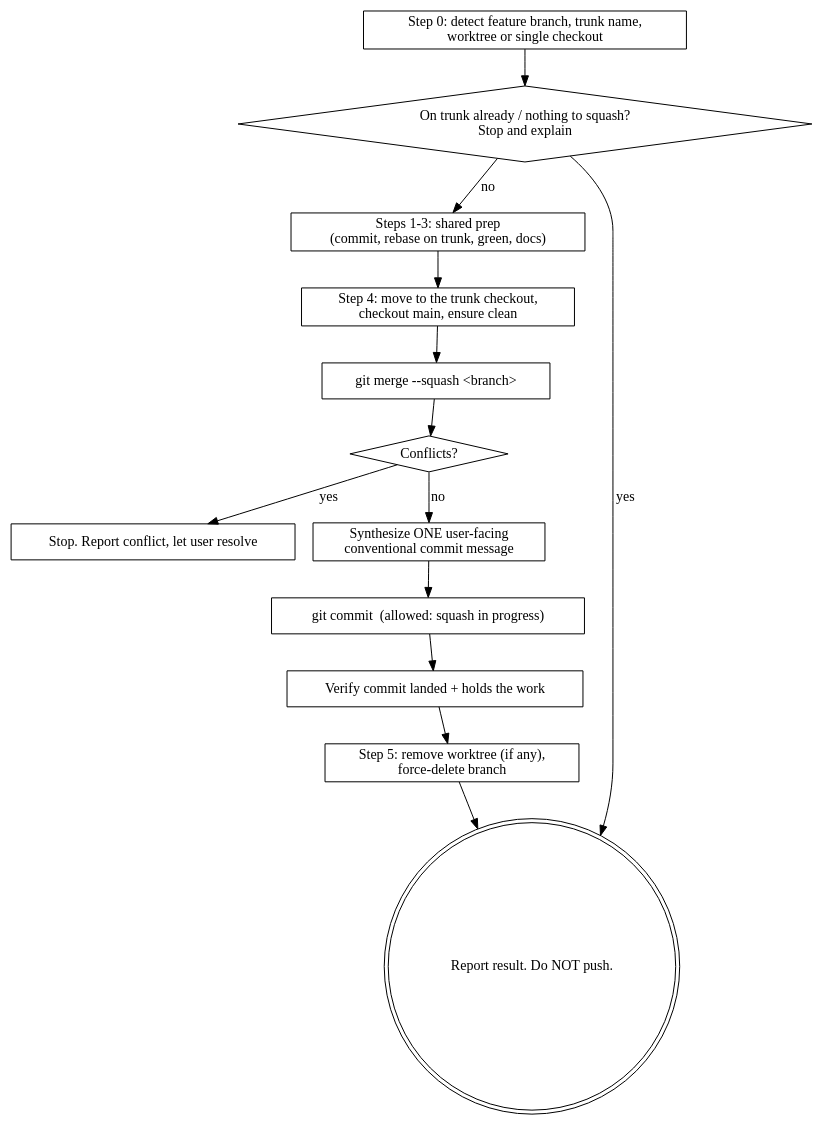
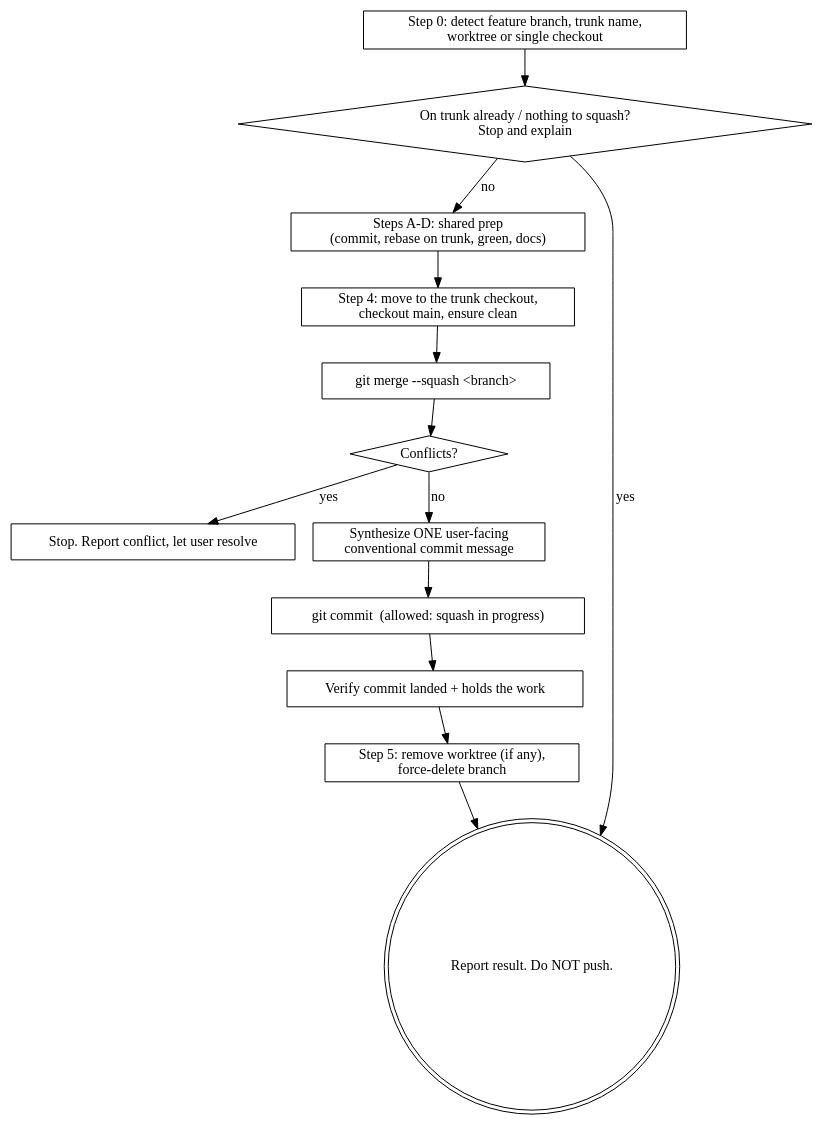
The diagram in plugins/natelandau-toolkit/skills/squash/SKILL.md (natelandau/cc-plugin), drawn with Graphviz before and after one commit. The commit also changed other lines of this file and 1 other file, not shown here.

Commit message:
feat(pr): consolidate sprawling branches before opening a PR

````diff
--- a/plugins/natelandau-toolkit/skills/squash/SKILL.md
+++ b/plugins/natelandau-toolkit/skills/squash/SKILL.md
@@ -42,26 +42,26 @@
 ```dot
 digraph squash {
   rankdir=TB; node [shape=box];
   detect   [label="Step 0: detect feature branch, trunk name,\nworktree or single checkout"];
   refuse   [label="On trunk already / nothing to squash?\nStop and explain" shape=diamond];
-  prep     [label="Steps 1-3: shared prep\n(commit, rebase on trunk, green, docs)"];
+  prep     [label="Steps A-D: shared prep\n(commit, rebase on trunk, green, docs)"];
   goto     [label="Step 4: move to the trunk checkout,\ncheckout main, ensure clean"];
   squash   [label="git merge --squash <branch>"];
   conflict [label="Conflicts?" shape=diamond];
   resolve  [label="Stop. Report conflict, let user resolve"];
   msg      [label="Synthesize ONE user-facing\nconventional commit message"];
   commit2  [label="git commit  (allowed: squash in progress)"];
   verify   [label="Verify commit landed + holds the work"];
   cleanup  [label="Step 5: remove worktree (if any),\nforce-delete branch"];
   done     [label="Report result. Do NOT push." shape=doublecircle];
 
   detect -> refuse;
   refuse -> done [label="yes"];
   refuse -> prep [label="no"];
   prep -> goto -> squash -> conflict;
   conflict -> resolve [label="yes"];
   conflict -> msg [label="no"];
   msg -> commit2;
   commit2 -> verify -> cleanup -> done;
 }
 ```
````
